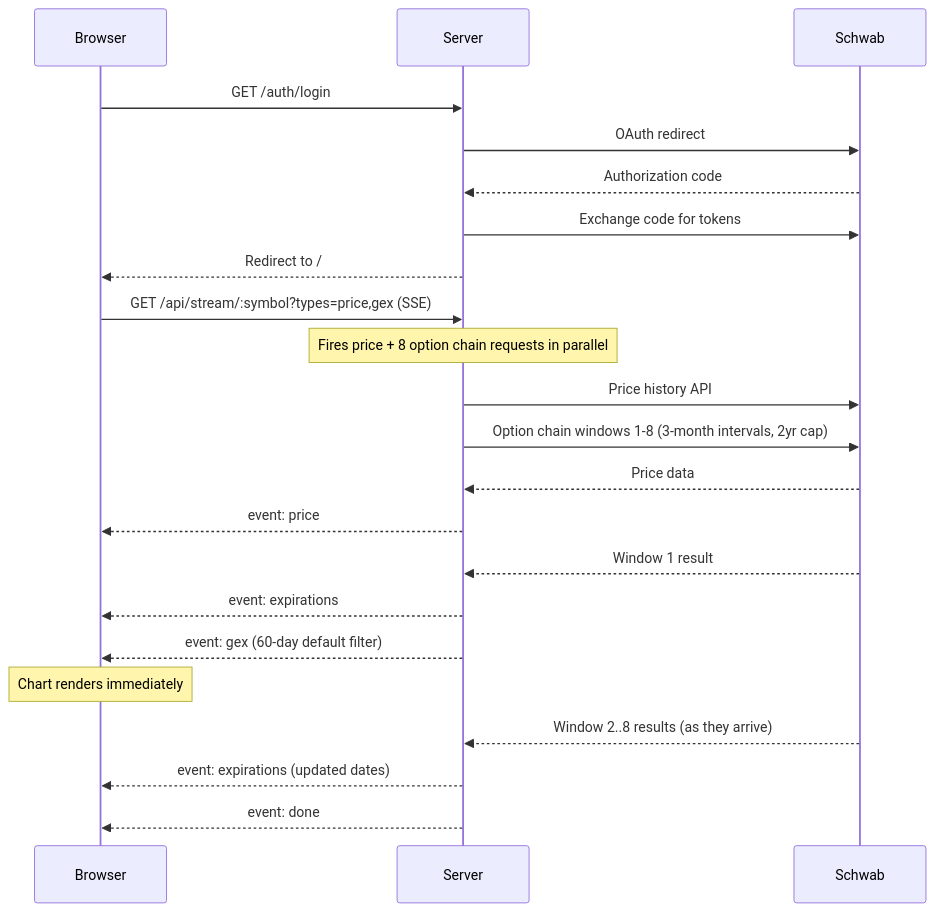
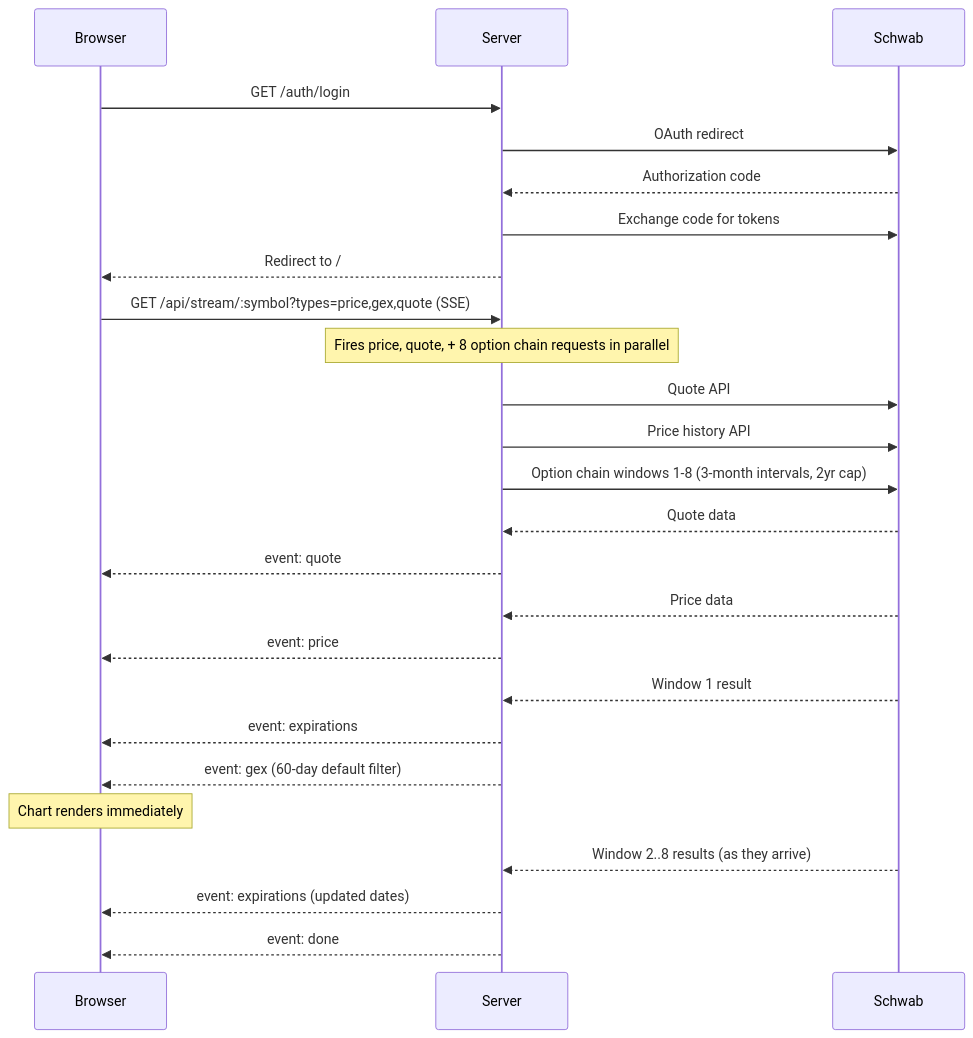
One commit to abhishek-cha/gex-dash changed the diagram in README.md. Above: the diagram before and after it, drawn with Mermaid. The commit also changed other lines of this file and 7 other files, not shown here.

````diff
--- a/README.md
+++ b/README.md
@@ -35,26 +35,29 @@
 ```mermaid
 sequenceDiagram
     participant Browser
     participant Server
     participant Schwab
 
     Browser->>Server: GET /auth/login
     Server->>Schwab: OAuth redirect
     Schwab-->>Server: Authorization code
     Server->>Schwab: Exchange code for tokens
     Server-->>Browser: Redirect to /
 
-    Browser->>Server: GET /api/stream/:symbol?types=price,gex (SSE)
-    Note over Server: Fires price + 8 option chain requests in parallel
+    Browser->>Server: GET /api/stream/:symbol?types=price,gex,quote (SSE)
+    Note over Server: Fires price, quote, + 8 option chain requests in parallel
+    Server->>Schwab: Quote API
     Server->>Schwab: Price history API
     Server->>Schwab: Option chain windows 1-8 (3-month intervals, 2yr cap)
+    Schwab-->>Server: Quote data
+    Server-->>Browser: event: quote
     Schwab-->>Server: Price data
     Server-->>Browser: event: price
     Schwab-->>Server: Window 1 result
     Server-->>Browser: event: expirations
     Server-->>Browser: event: gex (60-day default filter)
     Note over Browser: Chart renders immediately
     Schwab-->>Server: Window 2..8 results (as they arrive)
     Server-->>Browser: event: expirations (updated dates)
     Server-->>Browser: event: done
 ```
````
